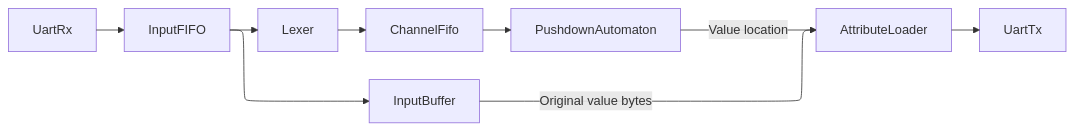
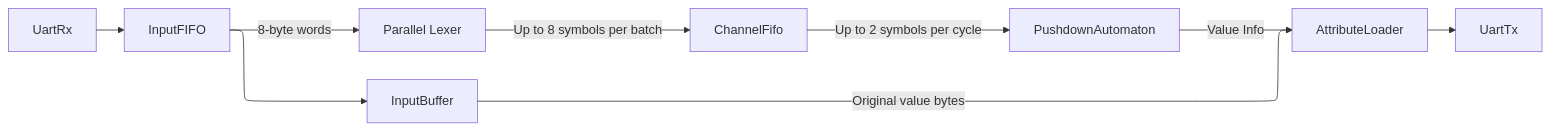
The diagram in README.md (koch-c/chisel-json-accelerator), drawn with Mermaid before and after one commit. The commit also changed other lines of this file, not shown here.

Commit message:
Updated lexer

````diff
--- a/README.md
+++ b/README.md
@@ -31,17 +31,17 @@
 ```mermaid
 ---
 config:
   layout: elk
   elk:
     mergeEdges: true
 ---
 flowchart LR
     RX[UartRx] --> INPUT[InputFIFO]
-    INPUT --> LEXER[Lexer]
-    LEXER --> FIFO[ChannelFifo]
-    FIFO --> PDA[PushdownAutomaton]
-    PDA -->|Value location| LOADER[AttributeLoader]
+    INPUT -->|8-byte words| LEXER[Parallel Lexer]
+    LEXER -->|Up to 8 symbols per batch| FIFO[ChannelFifo]
+    FIFO -->|Up to 2 symbols per cycle| PDA[PushdownAutomaton]
+    PDA -->|Value Info| LOADER[AttributeLoader]
     INPUT --> BUFFER[InputBuffer]
     BUFFER -->|Original value bytes| LOADER
     LOADER --> TX[UartTx]
 ```
````
